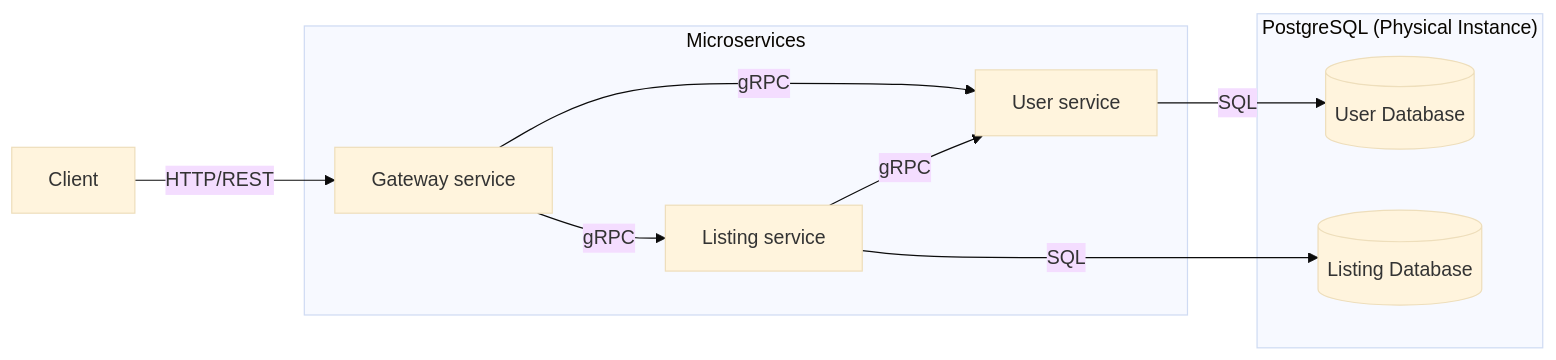
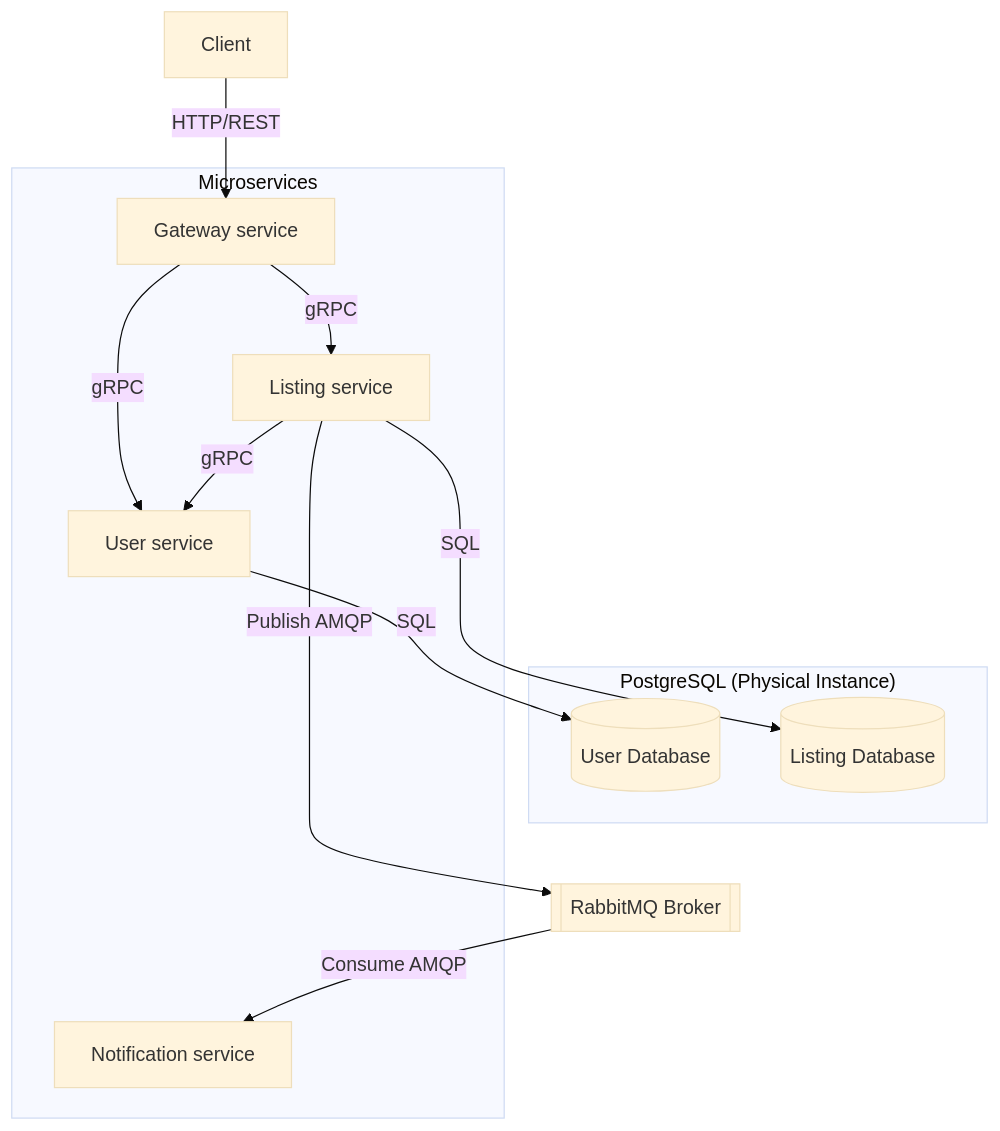
One commit to ezcnrmn/vaito changed the first of 3 diagrams in README.md. Above: the diagram before and after it, drawn with Mermaid (base theme). The commit also changed other lines of this file and 1 other file, not shown here.

````diff
--- a/README.md
+++ b/README.md
@@ -7,18 +7,25 @@
 ```mermaid
-graph LR
+graph TB
   Client[Client] -->|HTTP/REST| Gateway[Gateway service]
 
   subgraph "Microservices"
     Gateway -->|gRPC| User[User service]
     Gateway -->|gRPC| Listing[Listing service]
     Listing -->|gRPC| User
+
+    User ~~~ Notification[Notification service]
   end
 
-  subgraph "PostgreSQL (Physical Instance)"
+  Listing -->|Publish AMQP| RMQ[[RabbitMQ Broker]]
+  RMQ -->|Consume AMQP| Notification
+
+  subgraph DB ["PostgreSQL (Physical Instance)"]
     DB_User[(User Database)]
     DB_Listing[(Listing Database)]
   end
 
   User -->|SQL| DB_User
   Listing -->|SQL| DB_Listing
+
+  DB ~~~ RMQ
 ```
````
